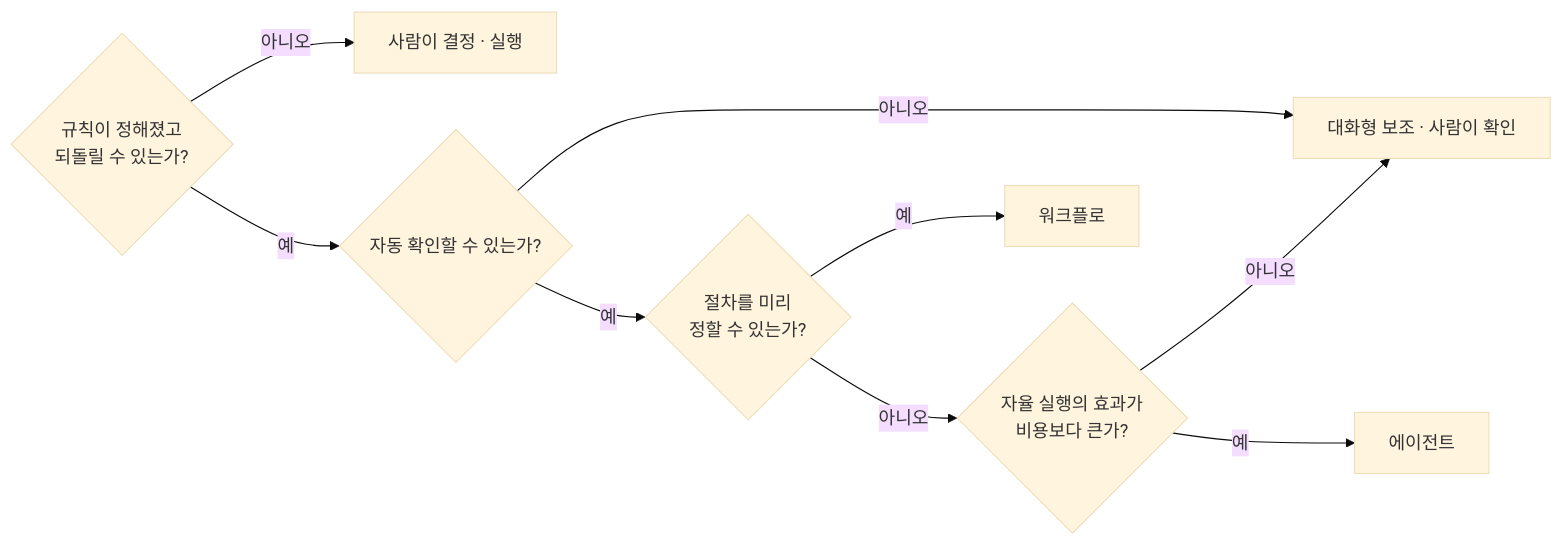
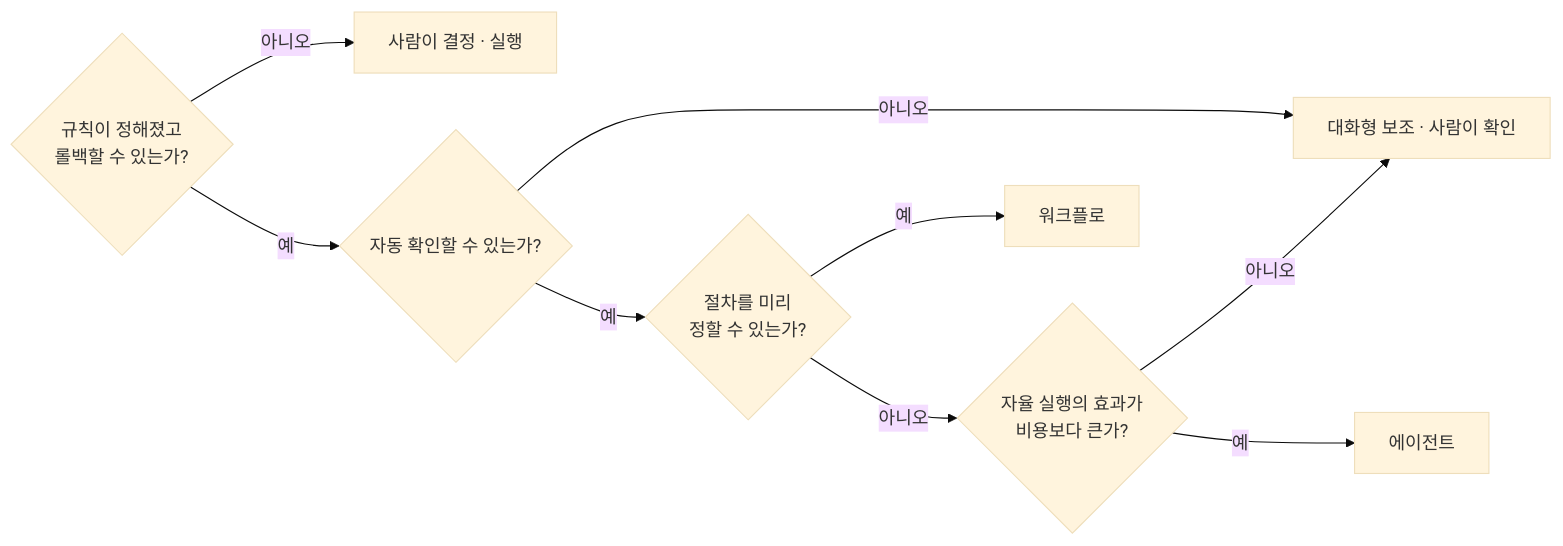
Before and after one commit to YoungSan77/TrainingMaterials: the second of 2 diagrams in courses/ai-native/sessions/s02.md, drawn with Mermaid (base theme). The commit also changed other lines of this file and 5 other files, not shown here.

````diff
--- a/courses/ai-native/sessions/s02.md
+++ b/courses/ai-native/sessions/s02.md
@@ -381,11 +384,11 @@
 ```mermaid
 flowchart LR
-  Q1{규칙이 정해졌고<br/>되돌릴 수 있는가?} -->|아니오| H[사람이 결정 · 실행]
+  Q1{규칙이 정해졌고<br/>롤백할 수 있는가?} -->|아니오| H[사람이 결정 · 실행]
   Q1 -->|예| Q2{자동 확인할 수 있는가?}
   Q2 -->|아니오| C[대화형 보조 · 사람이 확인]
   Q2 -->|예| Q3{절차를 미리<br/>정할 수 있는가?}
   Q3 -->|예| W[워크플로]
   Q3 -->|아니오| Q4{자율 실행의 효과가<br/>비용보다 큰가?}
   Q4 -->|아니오| C
   Q4 -->|예| A[에이전트]
 ```
````
